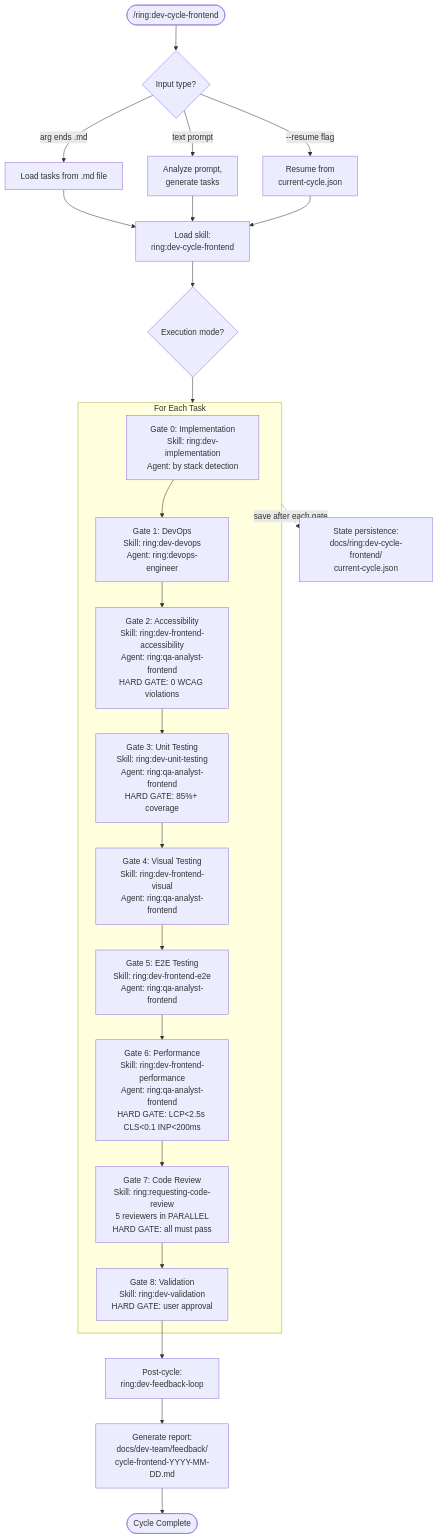
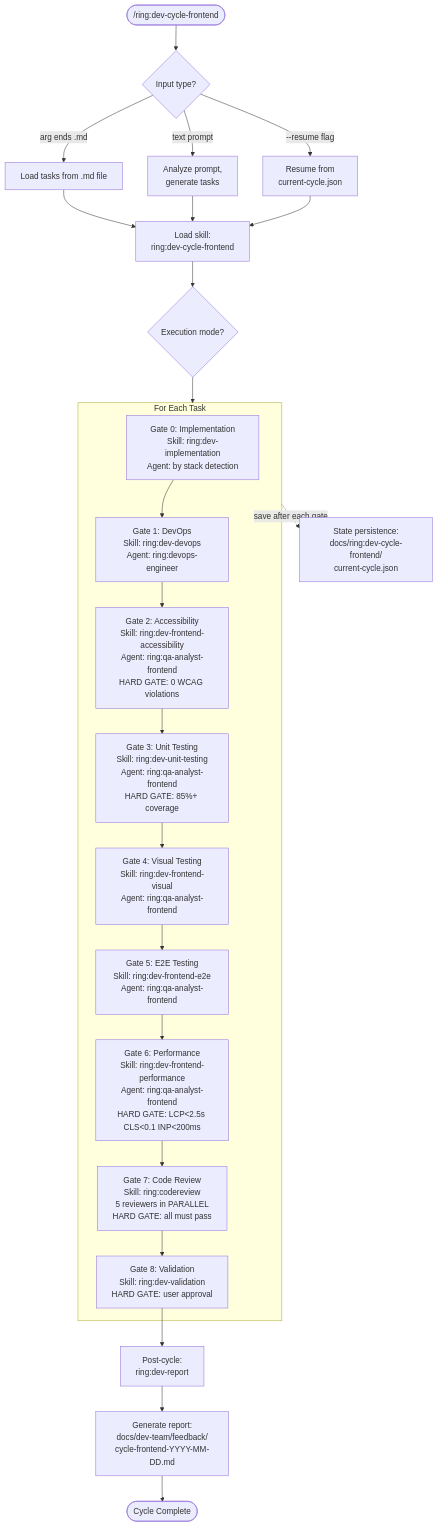
One commit to alexgarzao/ring changed diagram 14 of 21 in dev-team/docs/dependency-diagrams.md. Above: the diagram before and after it, drawn with Mermaid. The commit also changed other lines of this file and 131 other files, not shown here.

````diff
--- a/dev-team/docs/dependency-diagrams.md
+++ b/dev-team/docs/dependency-diagrams.md
@@ -656,46 +656,46 @@
 ```mermaid
 flowchart TD
     start(["/ring:dev-cycle-frontend"])
 
     parse{"Input type?"}
     loadFile["Load tasks from .md file"]
     parsePrompt["Analyze prompt,<br/>generate tasks"]
     resumeState["Resume from<br/>current-cycle.json"]
 
     loadSkill["Load skill:<br/>ring:dev-cycle-frontend"]
 
     askMode{"Execution mode?"}
 
     start --> parse
     parse -->|"arg ends .md"| loadFile
     parse -->|"text prompt"| parsePrompt
     parse -->|"--resume flag"| resumeState
     loadFile --> loadSkill
     parsePrompt --> loadSkill
     resumeState --> loadSkill
     loadSkill --> askMode
 
     subgraph PerTask["For Each Task"]
         g0["Gate 0: Implementation<br/>Skill: ring:dev-implementation<br/>Agent: by stack detection"]
         g1["Gate 1: DevOps<br/>Skill: ring:dev-devops<br/>Agent: ring:devops-engineer"]
         g2["Gate 2: Accessibility<br/>Skill: ring:dev-frontend-accessibility<br/>Agent: ring:qa-analyst-frontend<br/>HARD GATE: 0 WCAG violations"]
         g3["Gate 3: Unit Testing<br/>Skill: ring:dev-unit-testing<br/>Agent: ring:qa-analyst-frontend<br/>HARD GATE: 85%+ coverage"]
         g4["Gate 4: Visual Testing<br/>Skill: ring:dev-frontend-visual<br/>Agent: ring:qa-analyst-frontend"]
         g5["Gate 5: E2E Testing<br/>Skill: ring:dev-frontend-e2e<br/>Agent: ring:qa-analyst-frontend"]
         g6["Gate 6: Performance<br/>Skill: ring:dev-frontend-performance<br/>Agent: ring:qa-analyst-frontend<br/>HARD GATE: LCP<2.5s CLS<0.1 INP<200ms"]
-        g7["Gate 7: Code Review<br/>Skill: ring:requesting-code-review<br/>5 reviewers in PARALLEL<br/>HARD GATE: all must pass"]
+        g7["Gate 7: Code Review<br/>Skill: ring:codereview<br/>5 reviewers in PARALLEL<br/>HARD GATE: all must pass"]
         g8["Gate 8: Validation<br/>Skill: ring:dev-validation<br/>HARD GATE: user approval"]
 
         g0 --> g1 --> g2 --> g3 --> g4
         g4 --> g5 --> g6 --> g7 --> g8
     end
 
     askMode --> PerTask
 
-    g8 --> feedback["Post-cycle:<br/>ring:dev-feedback-loop"]
+    g8 --> feedback["Post-cycle:<br/>ring:dev-report"]
     feedback --> report["Generate report:<br/>docs/dev-team/feedback/<br/>cycle-frontend-YYYY-MM-DD.md"]
     report --> done([Cycle Complete])
 
     state["State persistence:<br/>docs/ring:dev-cycle-frontend/<br/>current-cycle.json"]
     PerTask -.->|"save after each gate"| state
 ```
````
